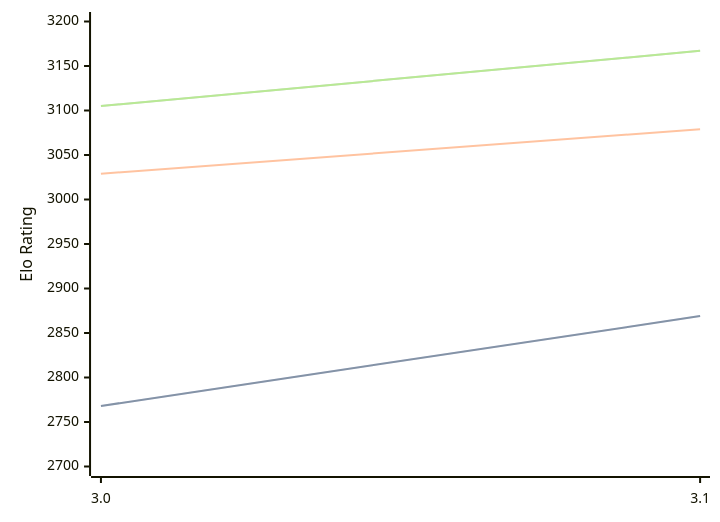
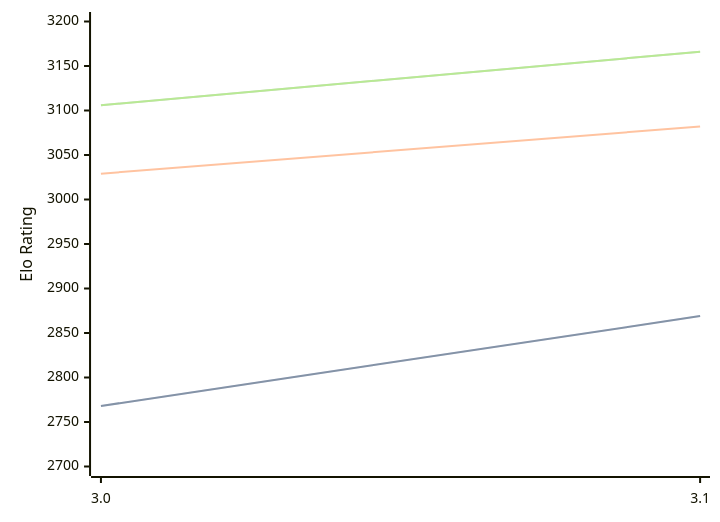
The diagram in engines/Vajolet2.md (computer-chess-index/cci), drawn with Mermaid before and after one commit. The commit also changed other lines of this file, not shown here.

Commit message:
Update CCI Ratings (ELO VLTC) - 2026-04-24

````diff
--- a/engines/Vajolet2.md
+++ b/engines/Vajolet2.md
@@ -40,11 +40,11 @@
 ```mermaid
 %%{init: {"theme":"base","themeVariables":{"seriesColors:['#a3a3a3','#222221','#faa371']}}}%%
 xychart-beta
   x-axis ["3.0", "3.1"]
   y-axis "Elo Rating" 2700 --> 3200
   line "STC (8.0+0.08s)" [2768, 2869]
   line "STC (8.0+0.08s)" [2768, 2869]
-  line "LTC (60.0+0.60s)" [3029, 3079]
-  line "VLTC (2m24s+1.12s)" [3105, 3167]
-  line "VLTC (2m24s+1.12s)" [3105, 3167]
+  line "LTC (60.0+0.60s)" [3029, 3082]
+  line "VLTC (2m24s+1.12s)" [3106, 3166]
+  line "VLTC (2m24s+1.12s)" [3106, 3166]
 ```
````
